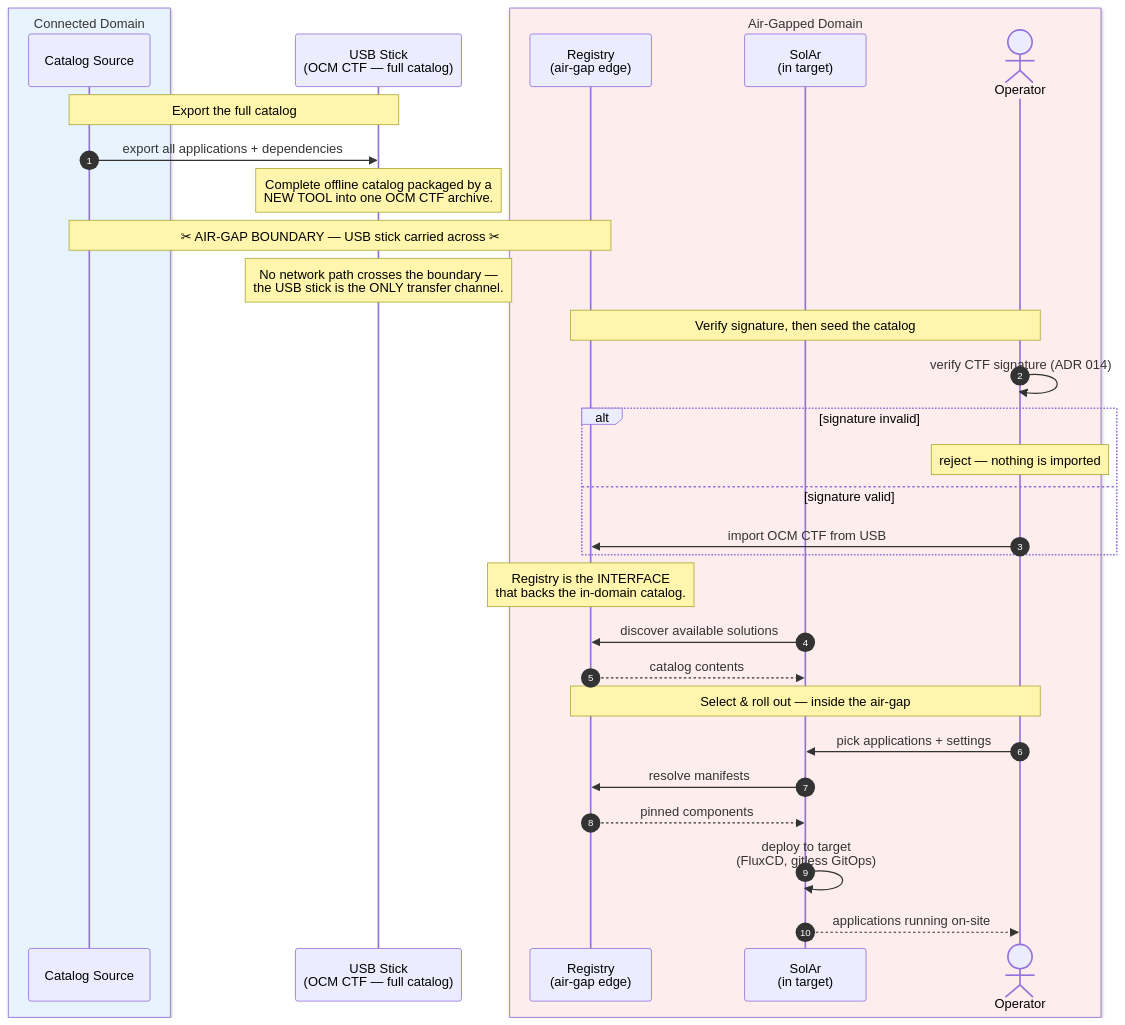
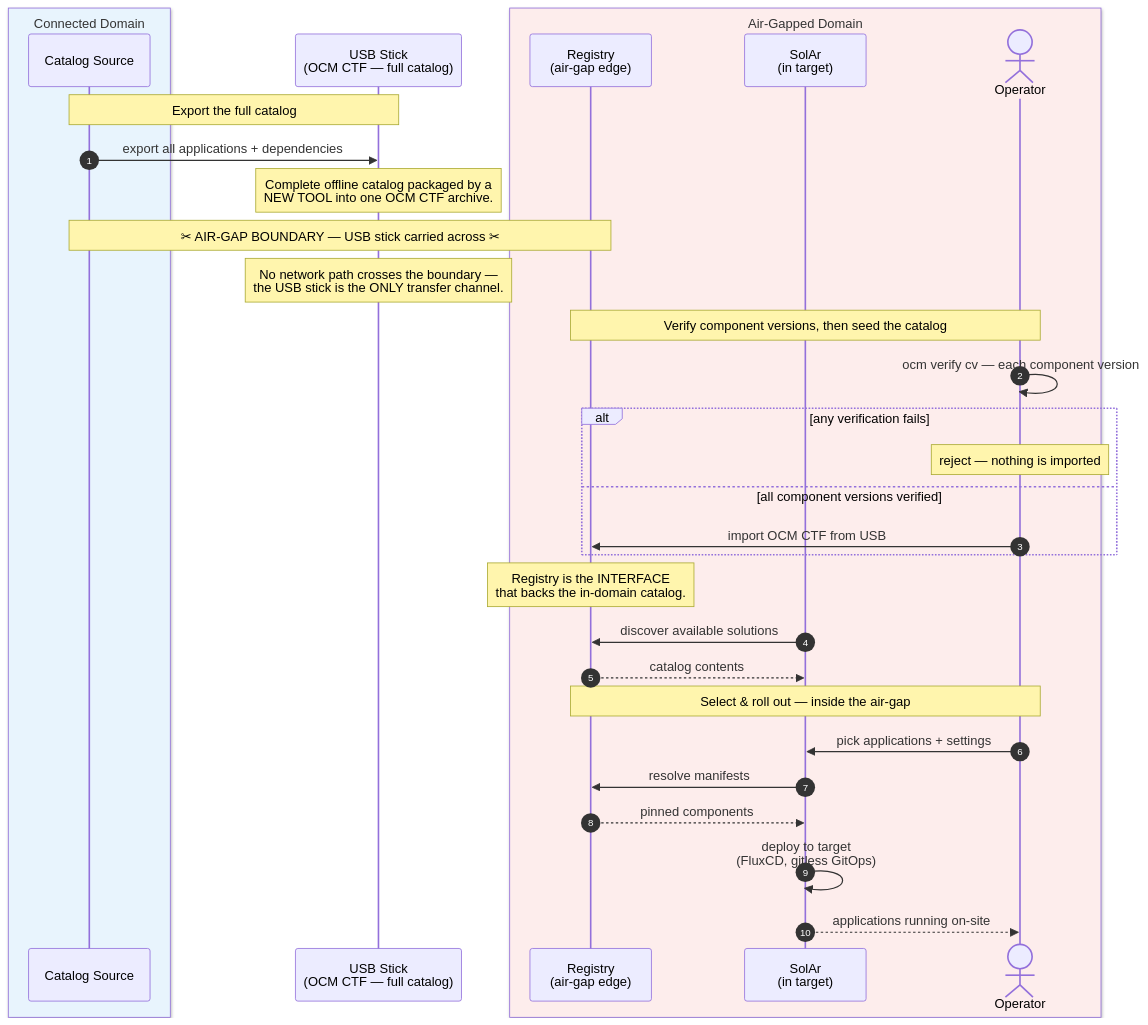
The first of 2 diagrams in docs/developer-guide/adrs/016-airgapped-catalog-chaining.md (opendefensecloud/solution-arsenal), drawn with Mermaid before and after one commit. The commit also changed other lines of this file and 2 other files, not shown here.

Commit message:
docs(adr-016): signing model corrected

````diff
--- a/docs/developer-guide/adrs/016-airgapped-catalog-chaining.md
+++ b/docs/developer-guide/adrs/016-airgapped-catalog-chaining.md
@@ -101,41 +102,41 @@
 ```mermaid
 sequenceDiagram
     autonumber
 
     box rgb(232,244,253) Connected Domain
         participant Src as Catalog Source
     end
 
     participant USB as USB Stick<br/>(OCM CTF — full catalog)
 
     box rgb(253,237,236) Air-Gapped Domain
         participant Reg as Registry<br/>(air-gap edge)
         participant SolAr as SolAr<br/>(in target)
         actor User as Operator
     end
 
     Note over Src,USB: Export the full catalog
     Src->>USB: export all applications + dependencies
     Note over USB: Complete offline catalog packaged by a<br/>NEW TOOL into one OCM CTF archive.
 
     Note over Src,Reg: ✂ AIR-GAP BOUNDARY — USB stick carried across ✂
     Note over USB: No network path crosses the boundary —<br/>the USB stick is the ONLY transfer channel.
 
-    Note over Reg,User: Verify signature, then seed the catalog
-    User->>User: verify CTF signature (ADR 014)
-    alt signature invalid
+    Note over Reg,User: Verify component versions, then seed the catalog
+    User->>User: ocm verify cv — each component version
+    alt any verification fails
         Note over User: reject — nothing is imported
-    else signature valid
+    else all component versions verified
         User->>Reg: import OCM CTF from USB
     end
     Note over Reg: Registry is the INTERFACE<br/>that backs the in-domain catalog.
     SolAr->>Reg: discover available solutions
     Reg-->>SolAr: catalog contents
 
     Note over Reg,User: Select & roll out — inside the air-gap
     User->>SolAr: pick applications + settings
     SolAr->>Reg: resolve manifests
     Reg-->>SolAr: pinned components
     SolAr->>SolAr: deploy to target<br/>(FluxCD, gitless GitOps)
     SolAr-->>User: applications running on-site
 ```
````
